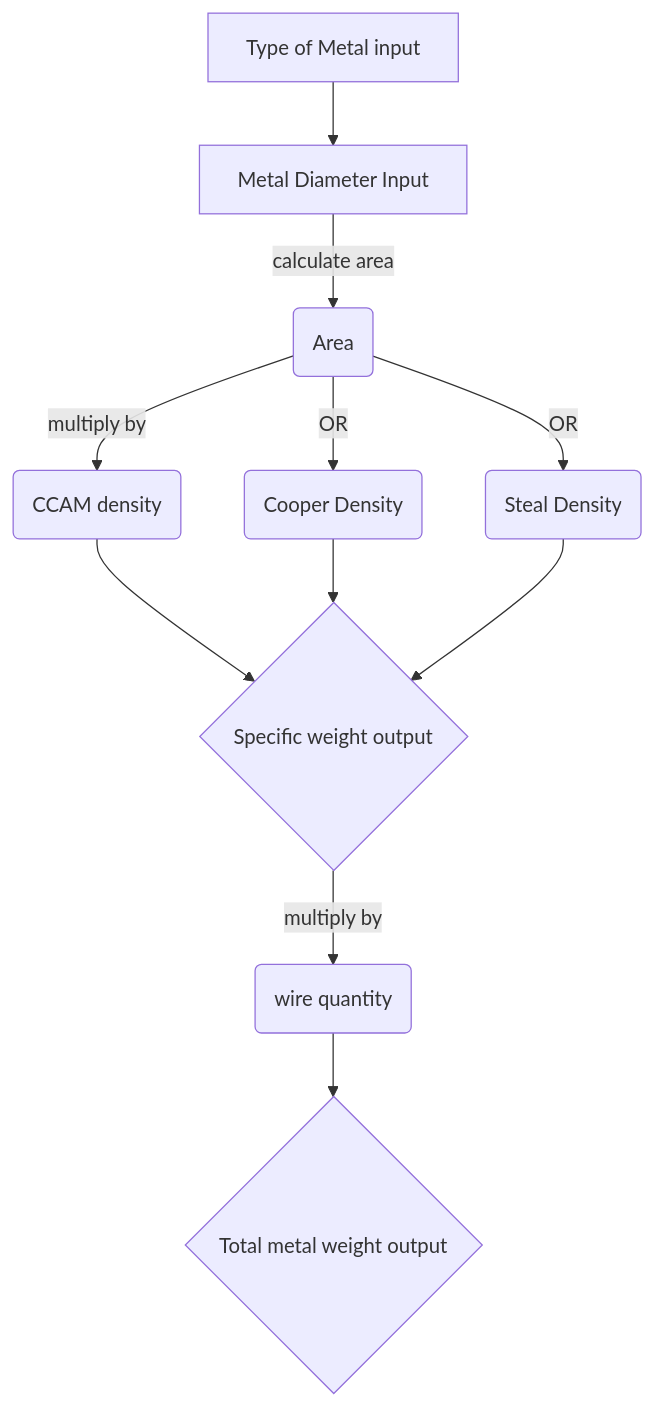
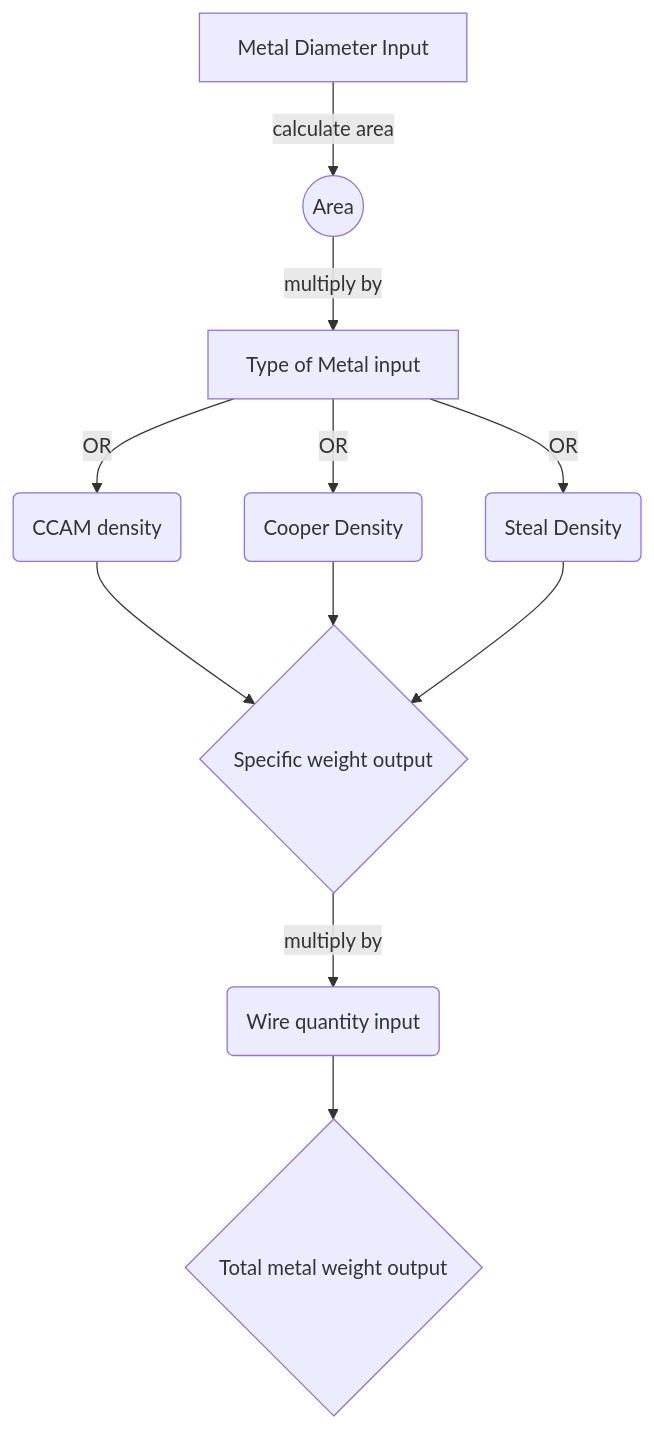
Before and after one commit to ribeiroAllison/peso-especifico: the diagram in README.md, drawn with Mermaid.

Commit message:
update README flow diagram

````diff
--- a/README.md
+++ b/README.md
@@ -28,24 +28,46 @@
 ```mermaid
+
+  
 
 graph TB
 
+  
+  
 
-A[Type of Metal input] --> B[Metal Diameter Input] -- calculate area -->
+B[Metal Diameter Input] -- calculate area -->
 
-C(Area) -- multiply by--> D(CCAM density)
+  
 
-C -- OR--> E(Cooper Density)
+C((Area)) --multiply by--> A[Type of Metal input] --OR--> D(CCAM density)
 
-C -- OR--> F(Steal Density)
+  
+
+A -- OR--> E(Cooper Density)
+
+  
+
+A -- OR--> F(Steal Density)
+
+  
 
 D --> G{Specific weight output}
 
+  
+
 E --> G
+
+  
 
 F --> G
 
-G --multiply by--> H(wire quantity)
+  
+
+G --multiply by--> H(Wire quantity input)
+
+  
 
 H --> I{Total metal weight output}
 
+  
+
 ```
````
